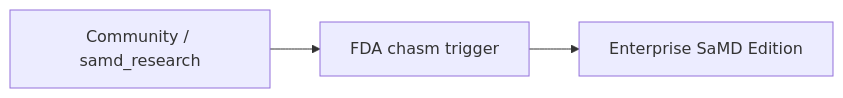
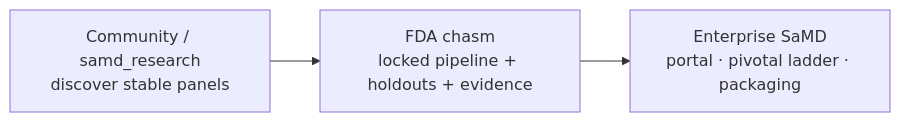
The tenth of 10 diagrams in docs/presentations/regulatory-ready-platform-multiomics.md (Goliath-Research/GoliathWorkflow), drawn with Mermaid before and after one commit. The commit also changed other lines of this file and 7 other files, not shown here.

````diff
--- a/docs/presentations/regulatory-ready-platform-multiomics.md
+++ b/docs/presentations/regulatory-ready-platform-multiomics.md
@@ -125,5 +391,5 @@
 ```mermaid
 flowchart LR
-  research[Community / samd_research] --> chasm[FDA chasm trigger]
-  chasm --> enterprise[Enterprise SaMD Edition]
+  CE["Community / samd_research<br/>discover stable panels"] --> CHASM["FDA chasm<br/>locked pipeline + holdouts + evidence"]
+  CHASM --> ENT["Enterprise SaMD<br/>portal · pivotal ladder · packaging"]
 ```
````
